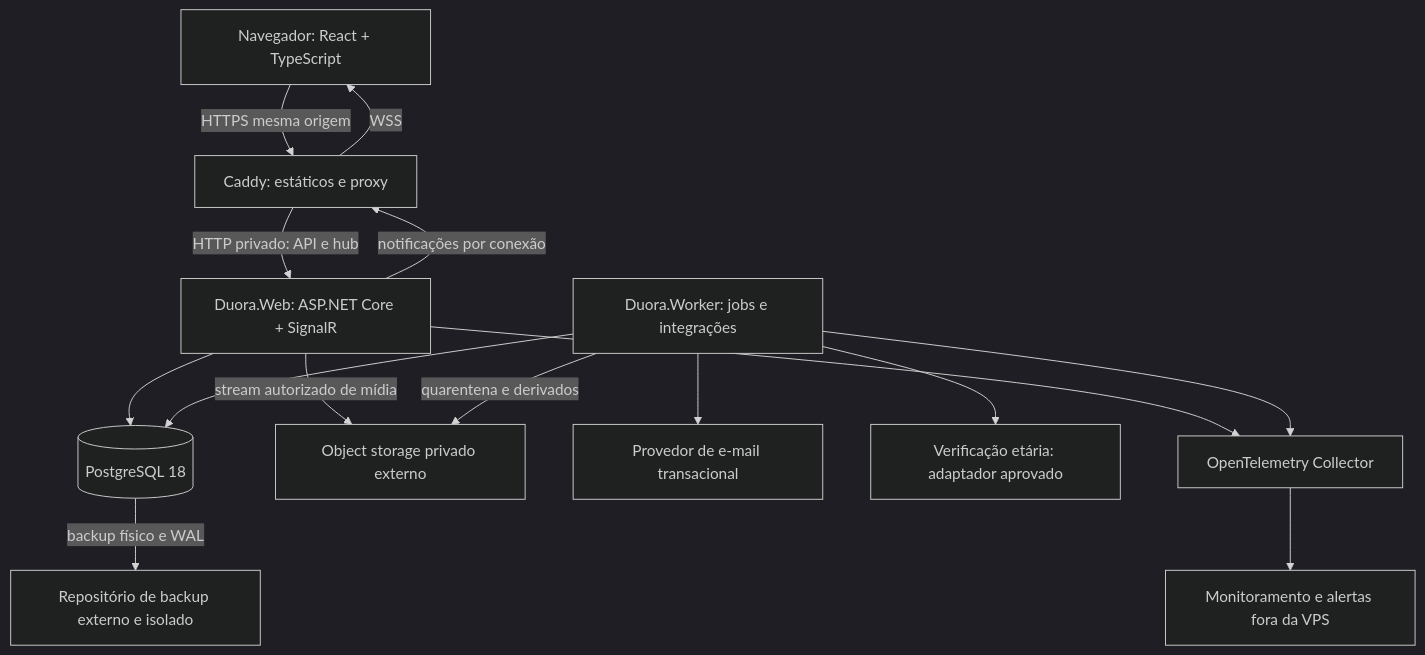
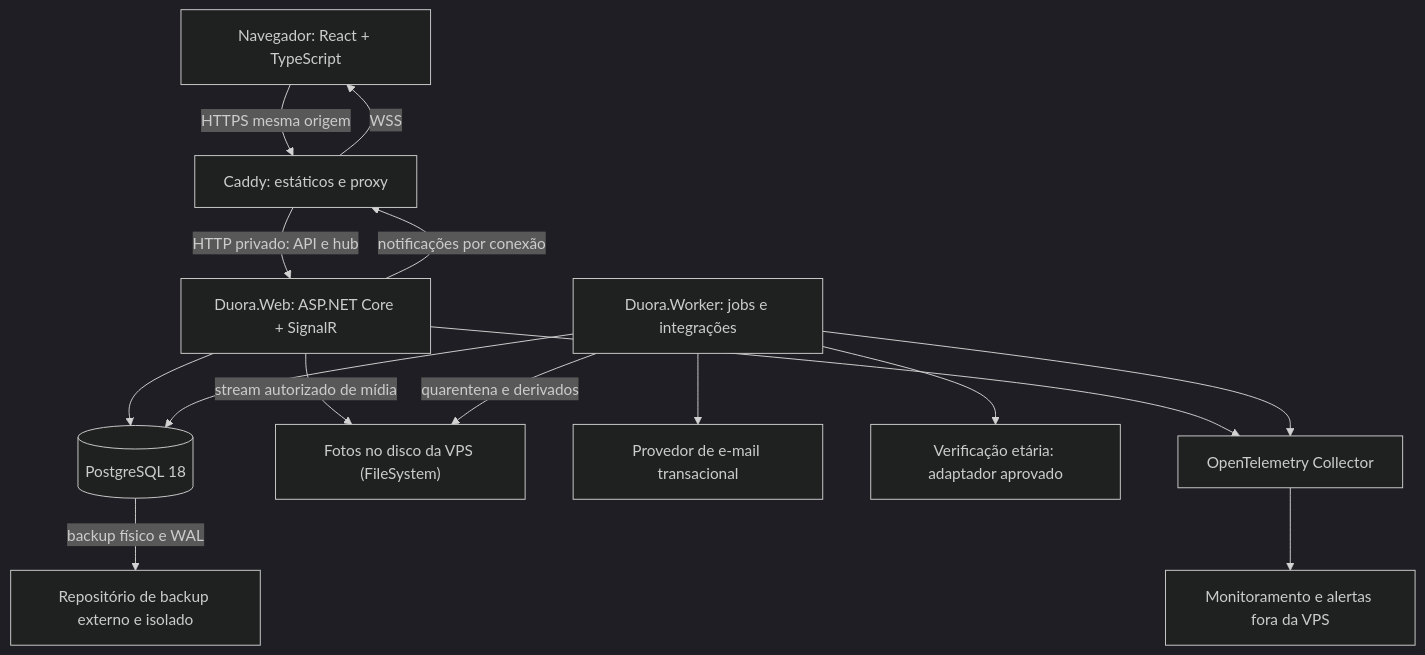
One commit to BipoXDXD/duora changed the diagram in docs/product/spec.md. Above: the diagram before and after it, drawn with Mermaid (dark theme). The commit also changed other lines of this file and 6 other files, not shown here.

First line of the commit message:
docs(adr): fotos no disco da VPS no ADR-0025, no índice e nos docs derivados

````diff
--- a/docs/product/spec.md
+++ b/docs/product/spec.md
@@ -200,17 +200,17 @@
 ```mermaid
 flowchart TB
     Browser["Navegador: React + TypeScript"] -->|HTTPS mesma origem| Edge["Caddy: estáticos e proxy"]
     Edge -->|HTTP privado: API e hub| Web["Duora.Web: ASP.NET Core + SignalR"]
     Web --> DB[("PostgreSQL 18")]
     Worker["Duora.Worker: jobs e integrações"] --> DB
-    Web -->|stream autorizado de mídia| Objects["Object storage privado externo"]
+    Web -->|stream autorizado de mídia| Objects["Fotos no disco da VPS (FileSystem)"]
     Worker -->|quarentena e derivados| Objects
     Worker --> Email["Provedor de e-mail transacional"]
     Worker --> Age["Verificação etária: adaptador aprovado"]
     DB -->|backup físico e WAL| Backup["Repositório de backup externo e isolado"]
     Web --> Collector["OpenTelemetry Collector"]
     Worker --> Collector
     Collector --> Monitor["Monitoramento e alertas fora da VPS"]
     Web -->|notificações por conexão| Edge
     Edge -->|WSS| Browser
 ```
````
